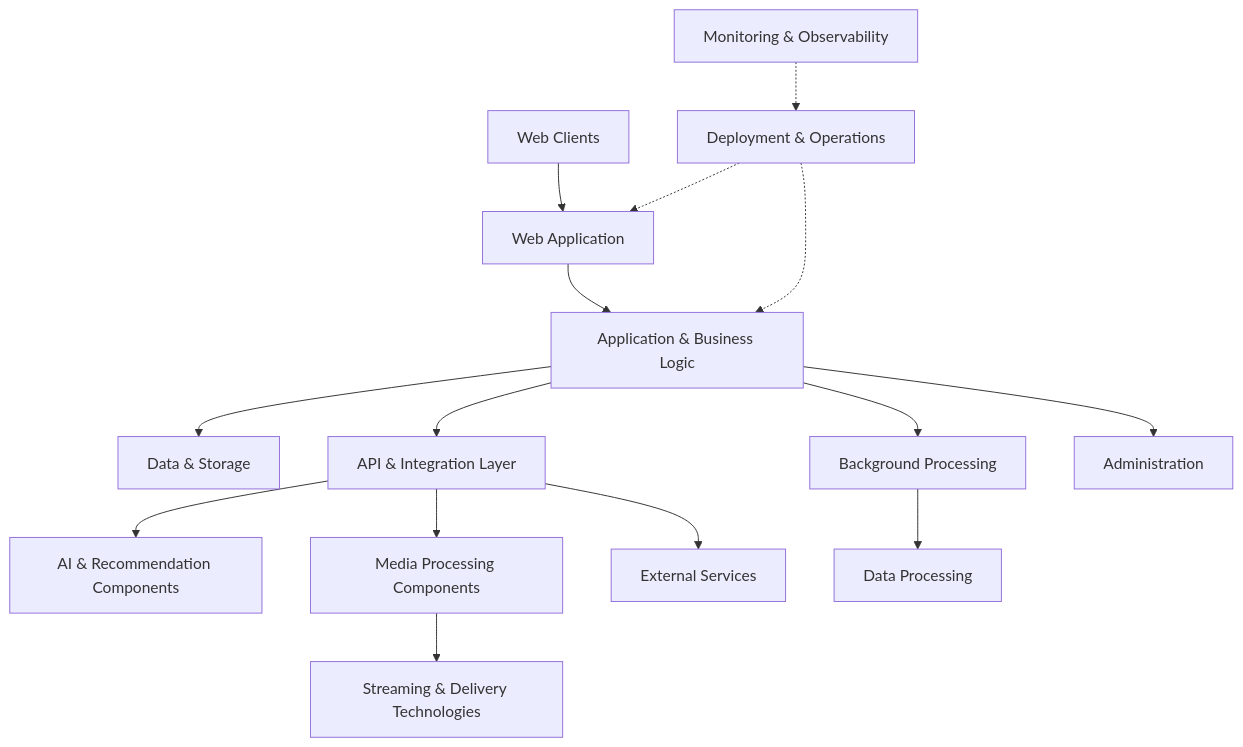
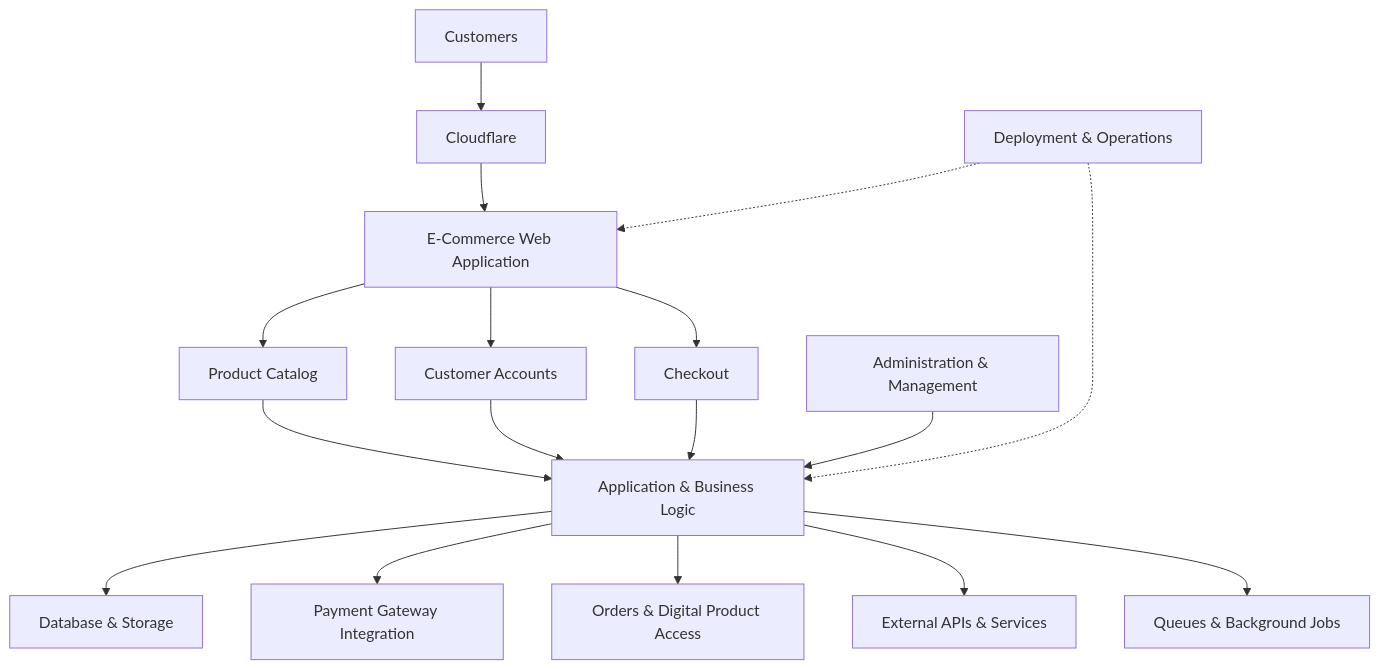
Before and after one commit to ARIA-ZEUS/RocoShop-Showcase: the diagram in README.md, drawn with Mermaid. The commit also changed other lines of this file, not shown here.

````diff
--- a/README.md
+++ b/README.md
@@ -235,22 +138,24 @@
 ```mermaid
 flowchart TB
-    U["Web Clients"] --> W["Web Application"]
-    W --> A["Application & Business Logic"]
+    U["Customers"] --> CF["Cloudflare"]
+    CF --> WEB["E-Commerce Web Application"]
 
-    A --> DB["Data & Storage"]
-    A --> API["API & Integration Layer"]
-    A --> JOB["Background Processing"]
+    WEB --> CAT["Product Catalog"]
+    WEB --> ACC["Customer Accounts"]
+    WEB --> CART["Checkout"]
 
-    API --> ML["AI & Recommendation Components"]
-    API --> MEDIA["Media Processing Components"]
-    API --> EXT["External Services"]
+    CAT --> APP["Application & Business Logic"]
+    ACC --> APP
+    CART --> APP
 
-    JOB --> DATA["Data Processing"]
-    MEDIA --> STREAM["Streaming & Delivery Technologies"]
+    APP --> DB["Database & Storage"]
+    APP --> PAY["Payment Gateway Integration"]
+    APP --> ORD["Orders & Digital Product Access"]
+    APP --> API["External APIs & Services"]
+    APP --> JOB["Queues & Background Jobs"]
 
-    A --> ADMIN["Administration"]
+    ADMIN["Administration & Management"] --> APP
 
-    OPS["Deployment & Operations"] -.-> W
-    OPS -.-> A
-    MON["Monitoring & Observability"] -.-> OPS
+    OPS["Deployment & Operations"] -.-> WEB
+    OPS -.-> APP
 ```
````
